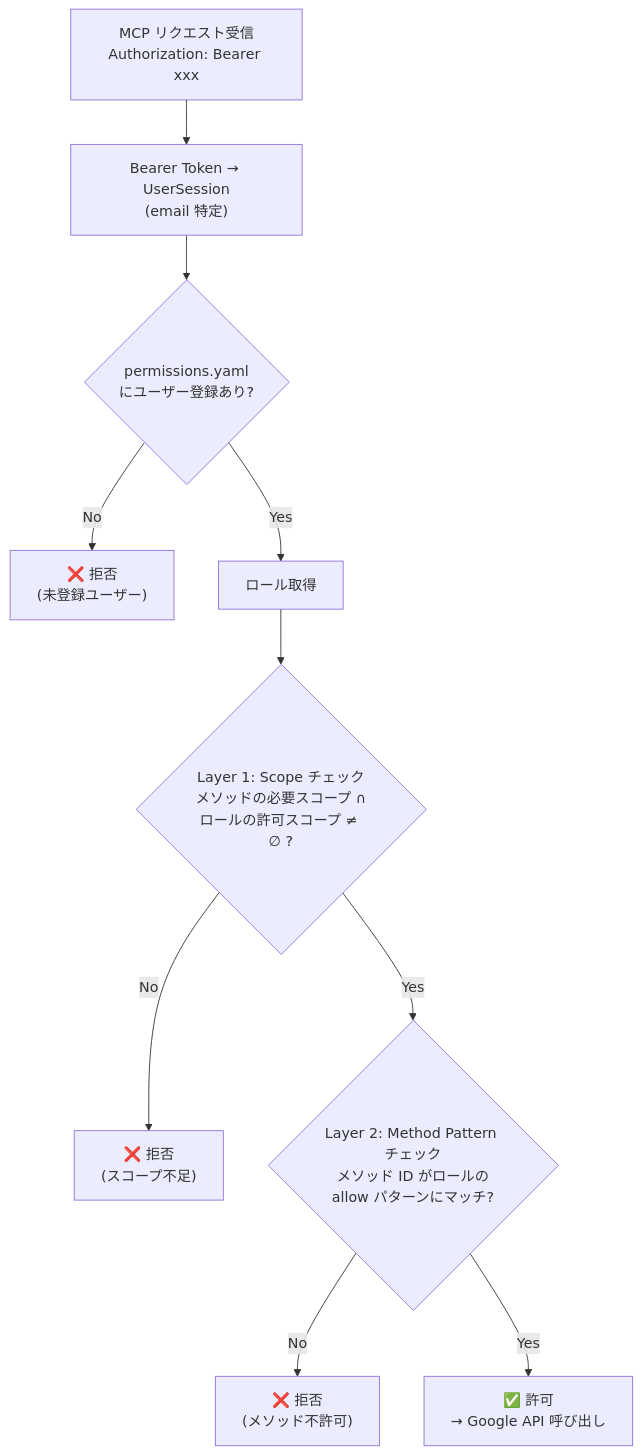
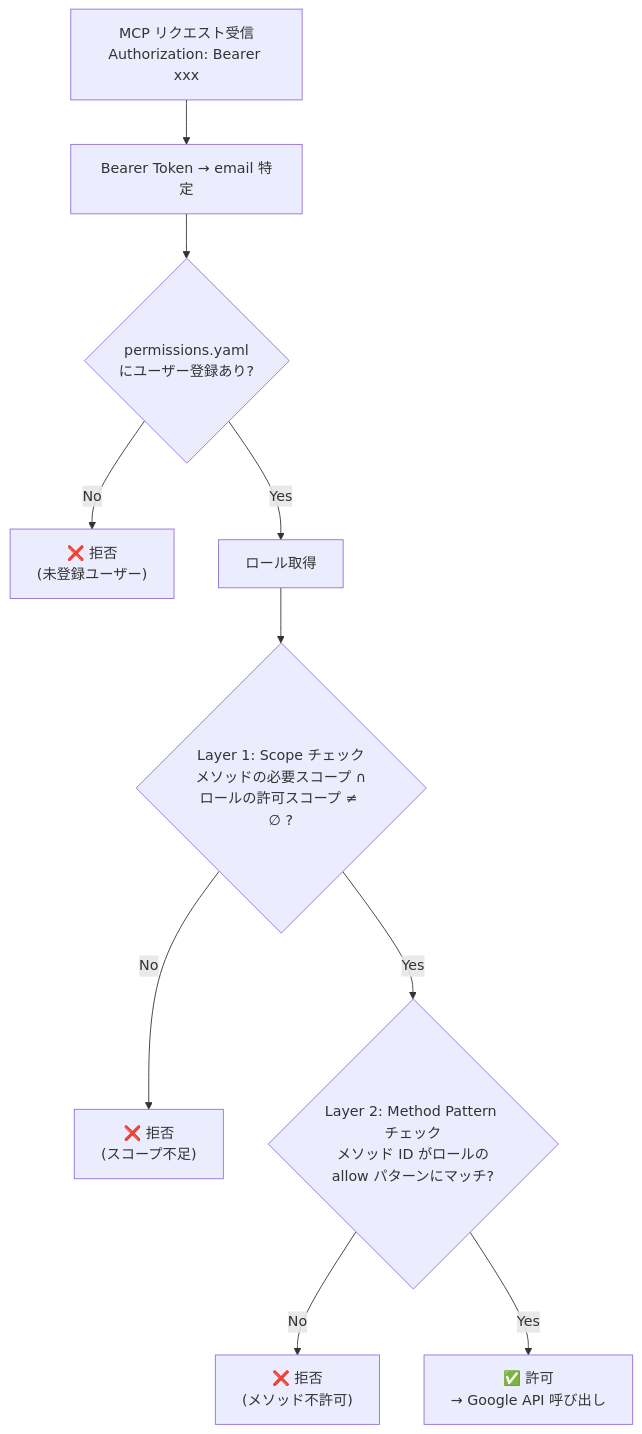
Before and after one commit to kushim-team/gws-cli: the fifth of 10 diagrams in specs/remote-mcp-gateway/auth-flows.md, drawn with Mermaid. The commit also changed other lines of this file and 10 other files, not shown here.

````diff
--- a/specs/remote-mcp-gateway/auth-flows.md
+++ b/specs/remote-mcp-gateway/auth-flows.md
@@ -205,12 +243,12 @@
 ```mermaid
 flowchart TD
-    A["MCP リクエスト受信<br/>Authorization: Bearer xxx"] --> B["Bearer Token → UserSession<br/>(email 特定)"]
+    A["MCP リクエスト受信<br/>Authorization: Bearer xxx"] --> B["Bearer Token → email 特定"]
     B --> C{"permissions.yaml<br/>にユーザー登録あり?"}
     C -->|No| D["❌ 拒否<br/>(未登録ユーザー)"]
     C -->|Yes| E["ロール取得"]
     E --> F{"Layer 1: Scope チェック<br/>メソッドの必要スコープ ∩<br/>ロールの許可スコープ ≠ ∅ ?"}
     F -->|No| G["❌ 拒否<br/>(スコープ不足)"]
     F -->|Yes| H{"Layer 2: Method Pattern チェック<br/>メソッド ID がロールの<br/>allow パターンにマッチ?"}
     H -->|No| I["❌ 拒否<br/>(メソッド不許可)"]
     H -->|Yes| J["✅ 許可<br/>→ Google API 呼び出し"]
 ```
````
